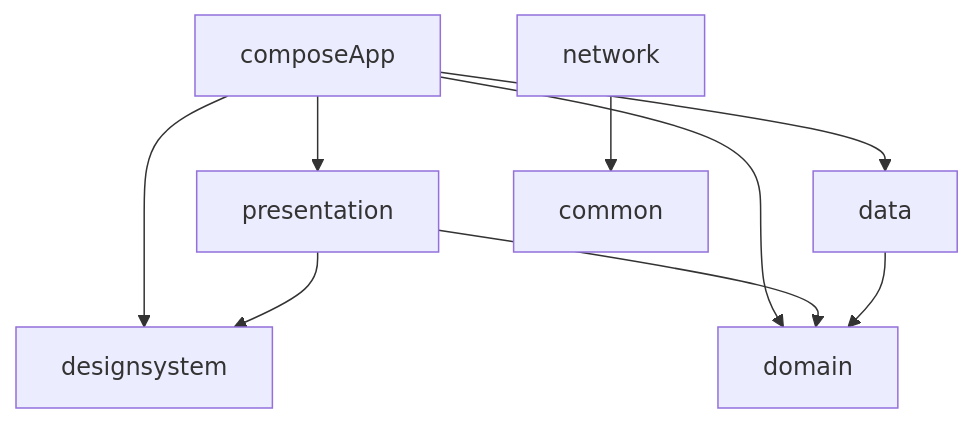
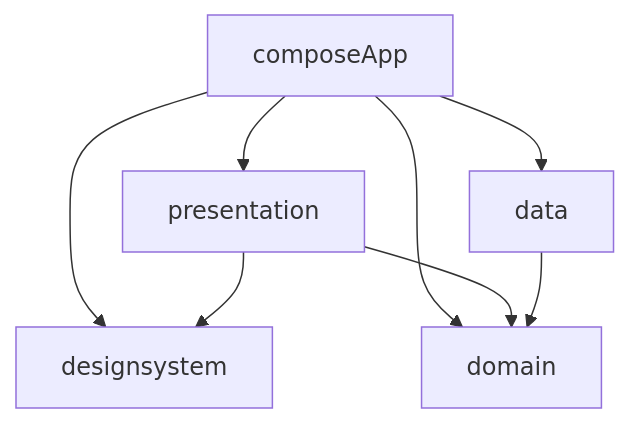
Before and after one commit to abdo-essam/Alice: the diagram in README.md, drawn with Mermaid. The commit also changed other lines of this file, not shown here.

````diff
--- a/README.md
+++ b/README.md
@@ -26,11 +24,10 @@
 ```mermaid
 graph TD
     composeApp --> presentation
     composeApp --> domain
     composeApp --> data
     composeApp --> designsystem
     presentation --> designsystem
     presentation --> domain
     data --> domain
-    network --> common
 ```
````
